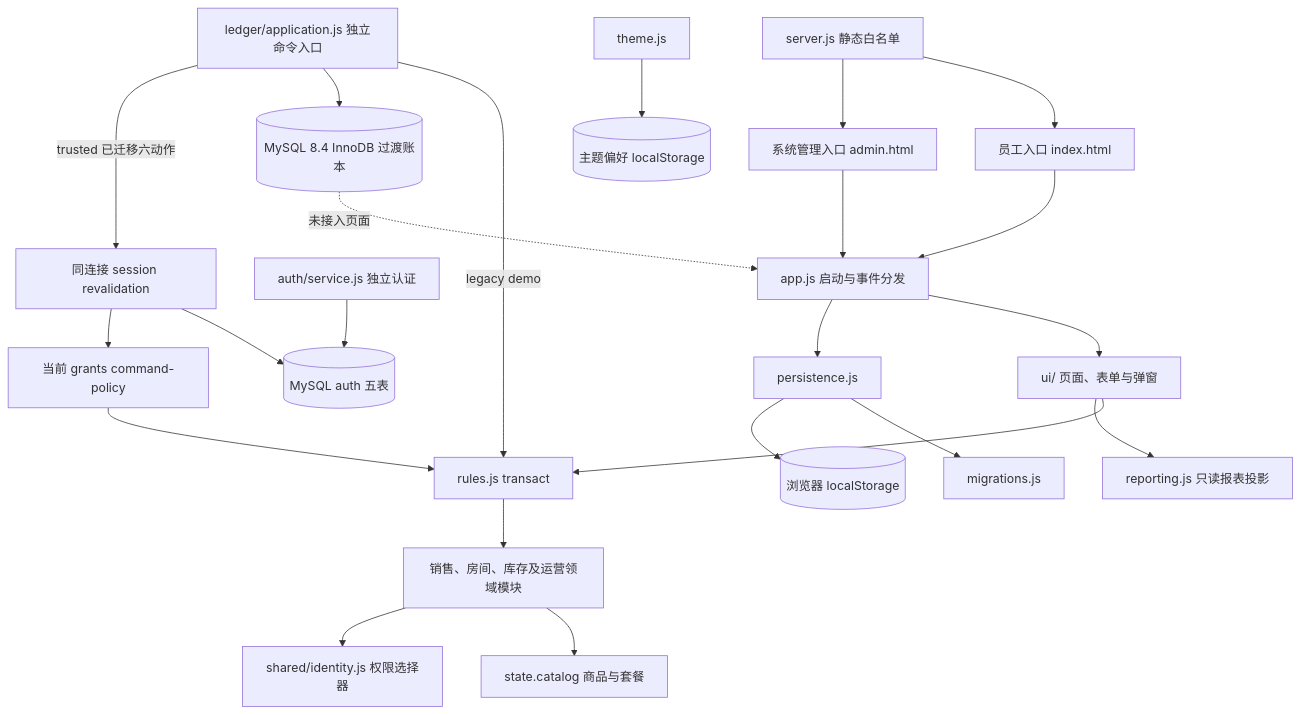
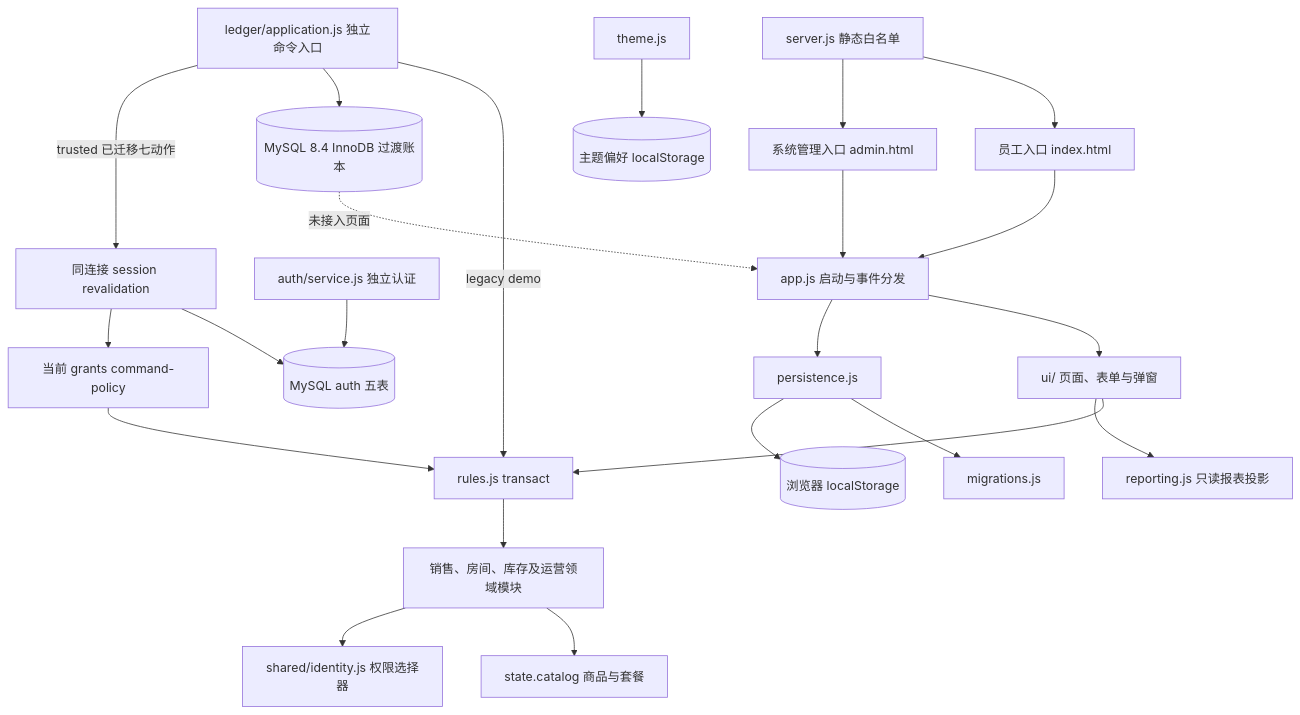
The diagram in docs/ARCHITECTURE.md (Richard-Zhuo/codex-KTV), drawn with Mermaid before and after one commit. The commit also changed other lines of this file and 10 other files, not shown here.

````diff
--- a/docs/ARCHITECTURE.md
+++ b/docs/ARCHITECTURE.md
@@ -7,25 +7,25 @@
 ```mermaid
 flowchart TD
   E[员工入口 index.html] --> APP[app.js 启动与事件分发]
   A[系统管理入口 admin.html] --> APP
   APP --> UI[ui/ 页面、表单与弹窗]
   APP --> P[persistence.js]
   P --> M[migrations.js]
   P --> LS[(浏览器 localStorage)]
   UI --> TX[rules.js transact]
   TX --> D[销售、房间、库存及运营领域模块]
   UI --> REP[reporting.js 只读报表投影]
   D --> C[state.catalog 商品与套餐]
   D --> ID[shared/identity.js 权限选择器]
   T[theme.js] --> PREF[(主题偏好 localStorage)]
   S[server.js 静态白名单] --> E
   S --> A
   L[ledger/application.js 独立命令入口] -->|legacy demo| TX
   L --> DB[(MySQL 8.4 InnoDB 过渡账本)]
   AUTH[auth/service.js 独立认证] --> AUTHDB[(MySQL auth 五表)]
-  L -->|trusted 已迁移六动作| RV[同连接 session revalidation]
+  L -->|trusted 已迁移七动作| RV[同连接 session revalidation]
   RV --> AUTHDB
   RV --> CP[当前 grants command-policy]
   CP --> TX
   DB -. 未接入页面 .-> APP
 ```
````
